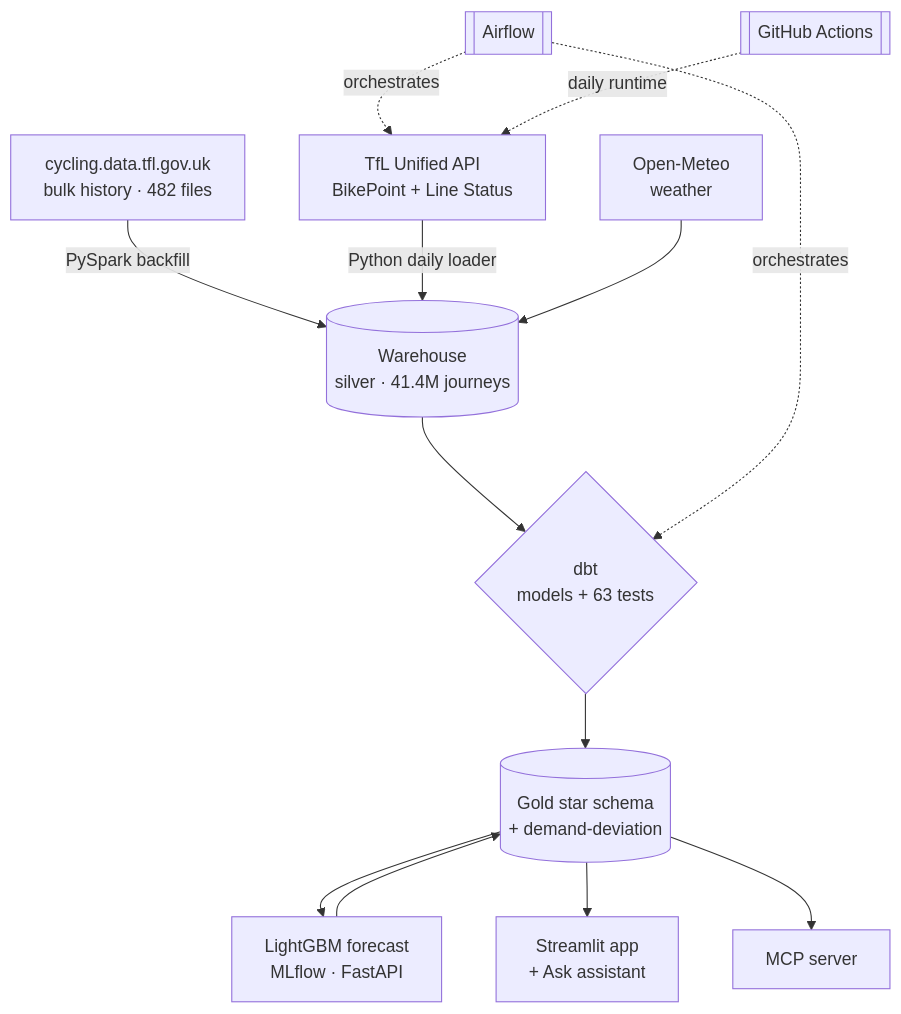
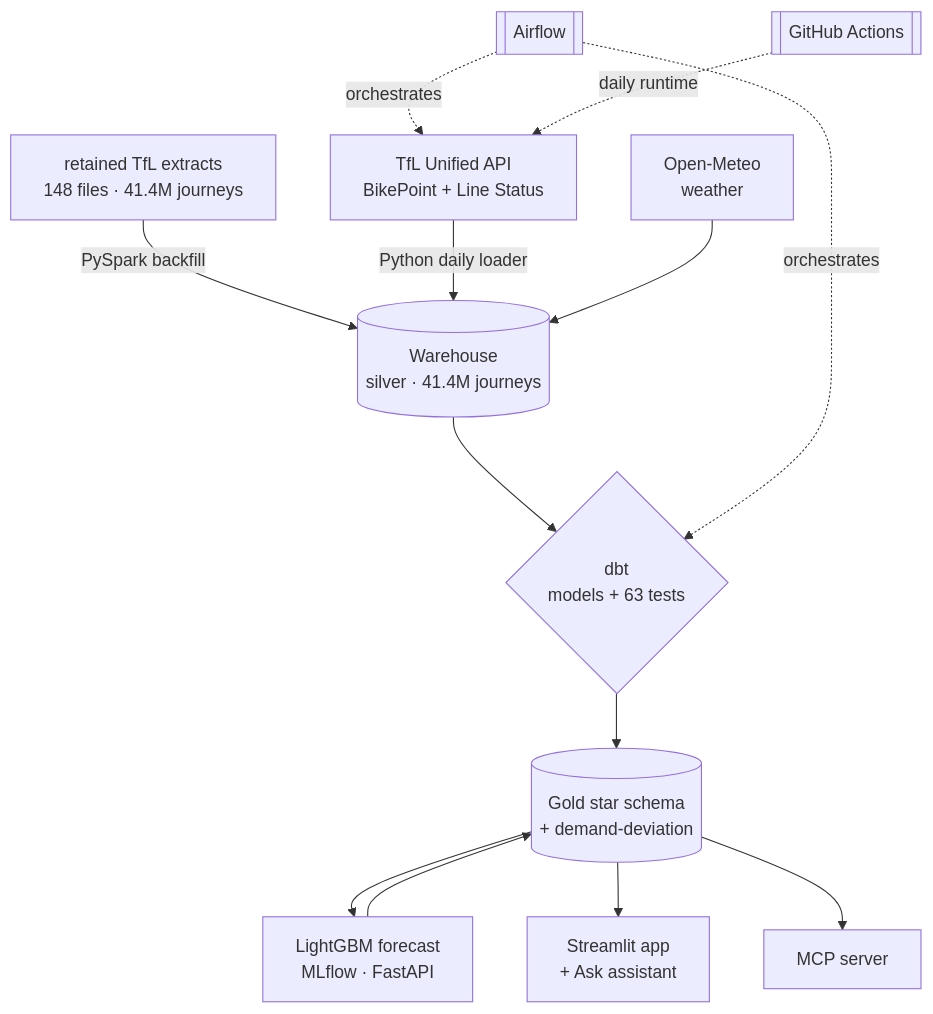
One commit to rosscyking1115/tfl-data-engineering changed the diagram in README.md. Above: the diagram before and after it, drawn with Mermaid. The commit also changed other lines of this file and 29 other files, not shown here.

````diff
--- a/README.md
+++ b/README.md
@@ -88,15 +87,15 @@
 ```mermaid
 flowchart TD
-    A[cycling.data.tfl.gov.uk<br/>bulk history · 482 files] -->|PySpark backfill| S[(Warehouse<br/>silver · 41.4M journeys)]
+    A[retained TfL extracts<br/>148 files · 41.4M journeys] -->|PySpark backfill| S[(Warehouse<br/>silver · 41.4M journeys)]
     API[TfL Unified API<br/>BikePoint + Line Status] -->|Python daily loader| S
     W[Open-Meteo<br/>weather] --> S
     S --> D{dbt<br/>models + 63 tests}
     D --> G[(Gold star schema<br/>+ demand-deviation)]
     G --> ML[LightGBM forecast<br/>MLflow · FastAPI]
     ML --> G
     G --> APP[Streamlit app<br/>+ Ask assistant]
     G --> MCP[MCP server]
     AF[[Airflow]] -.orchestrates.-> API
     AF -.orchestrates.-> D
     GH[[GitHub Actions]] -.daily runtime.-> API
 ```
````
